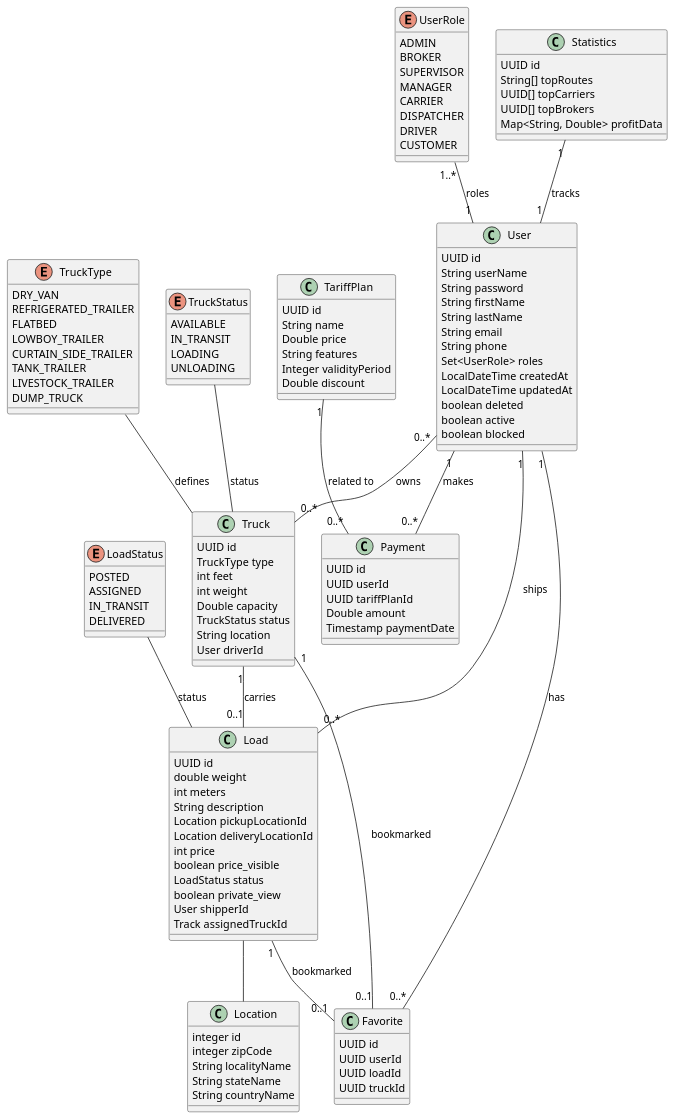
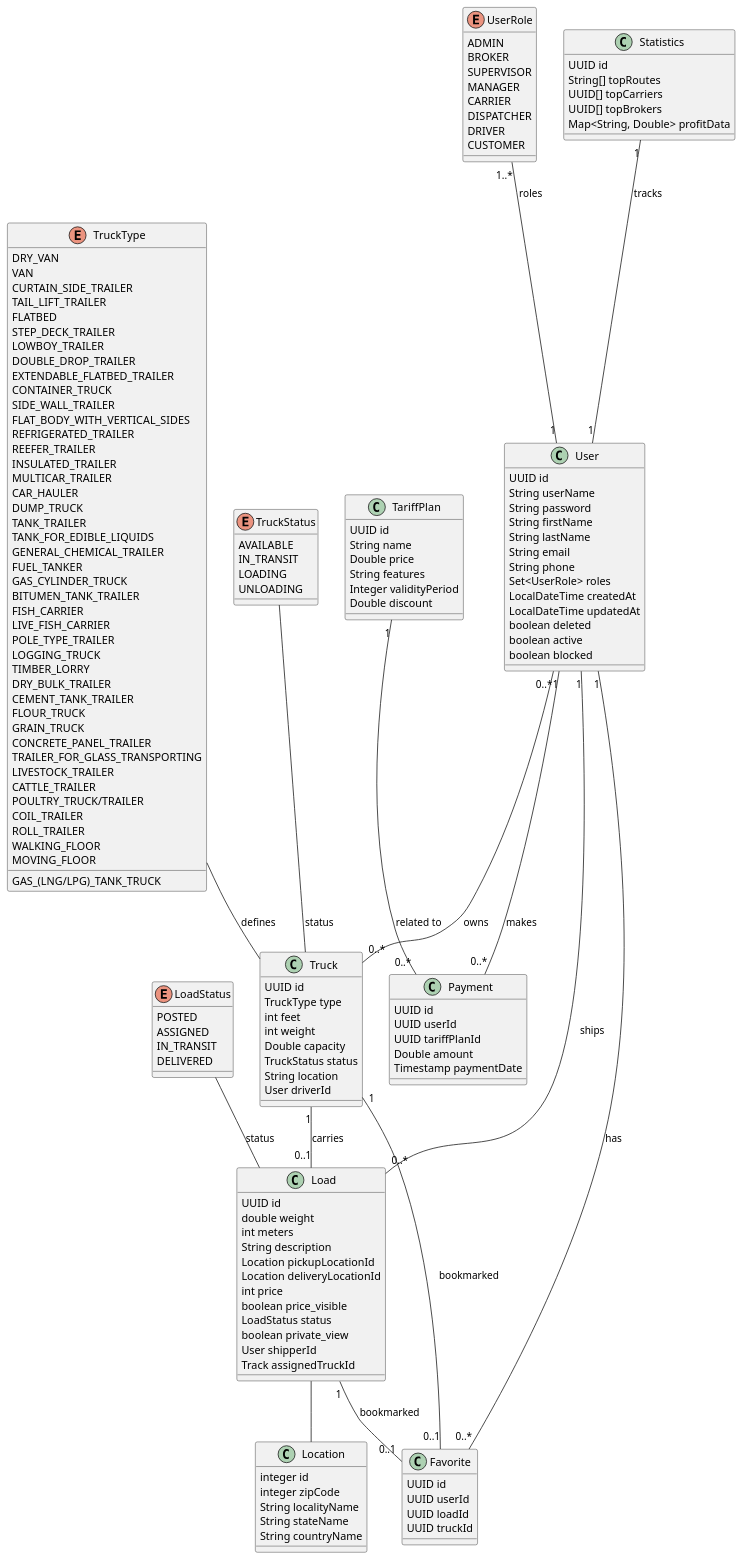
The diagram in ClassesDiagram.puml (fusibleman1985/TransCom), drawn with PlantUML before and after one commit.

Commit message:
add field "blocked" in class User

```diff
--- a/ClassesDiagram.puml
+++ b/ClassesDiagram.puml
@@ -1,137 +1,173 @@
 @startuml
 
 class User {
     UUID id
     String userName
     String password
     String firstName
     String lastName
     String email
     String phone
     Set<UserRole> roles
     LocalDateTime createdAt
     LocalDateTime updatedAt
     boolean deleted
     boolean active
     boolean blocked
 }
 
 enum UserRole {
     ADMIN
     BROKER
     SUPERVISOR
     MANAGER
     CARRIER
     DISPATCHER
     DRIVER
     CUSTOMER
 }
 
 class Truck {
     UUID id
     TruckType type
     int feet
     int weight
     Double capacity
     TruckStatus status
     String location
     User driverId
 }
 
 class Load {
     UUID id
     double weight
     int meters
     String description
     Location pickupLocationId
     Location deliveryLocationId
     int price
     boolean price_visible
     LoadStatus status
     boolean private_view
     User shipperId
     Track assignedTruckId
 }
 
 class Location {
     integer id
     integer zipCode
     String localityName
     String stateName
     String countryName
 }
 
 class TariffPlan {
     UUID id
     String name
     Double price
     String features
     Integer validityPeriod
     Double discount
 }
 
 class Payment {
     UUID id
     UUID userId
     UUID tariffPlanId
     Double amount
     Timestamp paymentDate
 }
 
 class Favorite {
     UUID id
     UUID userId
     UUID loadId
     UUID truckId
 }
 
 class Statistics {
     UUID id
     String[] topRoutes
     UUID[] topCarriers
     UUID[] topBrokers
     Map<String, Double> profitData
 }
 
 enum TruckStatus {
     AVAILABLE
     IN_TRANSIT
     LOADING
     UNLOADING
 }
 
 enum LoadStatus {
     POSTED
     ASSIGNED
     IN_TRANSIT
     DELIVERED
 }
 
 enum TruckType {
     DRY_VAN
+    VAN
+    CURTAIN_SIDE_TRAILER
+    TAIL_LIFT_TRAILER
+    FLATBED
+    STEP_DECK_TRAILER
+    LOWBOY_TRAILER
+    DOUBLE_DROP_TRAILER
+    EXTENDABLE_FLATBED_TRAILER
+    CONTAINER_TRUCK
+    SIDE_WALL_TRAILER
+    FLAT_BODY_WITH_VERTICAL_SIDES
     REFRIGERATED_TRAILER
-    FLATBED
-    LOWBOY_TRAILER
-    CURTAIN_SIDE_TRAILER
+    REEFER_TRAILER
+    INSULATED_TRAILER
+    MULTICAR_TRAILER
+    CAR_HAULER
+    DUMP_TRUCK
     TANK_TRAILER
+    TANK_FOR_EDIBLE_LIQUIDS
+    GENERAL_CHEMICAL_TRAILER
+    FUEL_TANKER
+    GAS_(LNG/LPG)_TANK_TRUCK
+    GAS_CYLINDER_TRUCK
+    BITUMEN_TANK_TRAILER
+    FISH_CARRIER
+    LIVE_FISH_CARRIER
+    POLE_TYPE_TRAILER
+    LOGGING_TRUCK
+    TIMBER_LORRY
+    DRY_BULK_TRAILER
+    CEMENT_TANK_TRAILER
+    FLOUR_TRUCK
+    GRAIN_TRUCK
+    CONCRETE_PANEL_TRAILER
+    TRAILER_FOR_GLASS_TRANSPORTING
     LIVESTOCK_TRAILER
-    DUMP_TRUCK
+    CATTLE_TRAILER
+    POULTRY_TRUCK/TRAILER
+    COIL_TRAILER
+    ROLL_TRAILER
+    WALKING_FLOOR
+    MOVING_FLOOR
+
 }
 
 User "0..*" -- "0..*" Truck : owns
 User "1" -- "0..*" Load : ships
 Truck "1" -- "0..1" Load : carries
 User "1" -- "0..*" Payment : makes
 TariffPlan "1" -- "0..*" Payment : related to
 User "1" -- "0..*" Favorite : has
 Load "1" -- "0..1" Favorite : bookmarked
 Load  -- Location
 Truck "1" -- "0..1" Favorite : bookmarked
 Statistics "1" -- "1" User : tracks
 
 TruckType -- Truck : defines
 LoadStatus -- Load : status
 TruckStatus -- Truck : status
 UserRole "1..*" -- "1" User : roles
 
 @enduml
```
